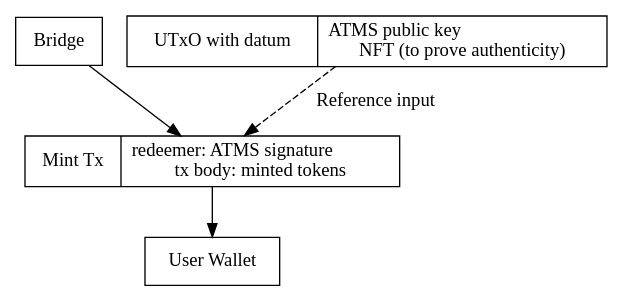
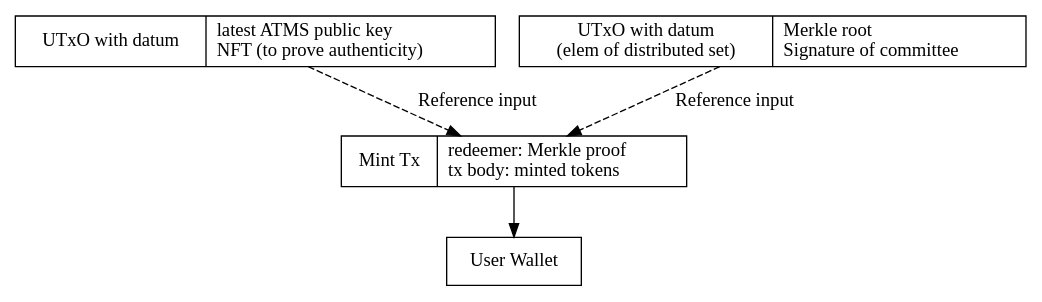
Before and after one commit to input-output-hk/partner-chains-smart-contracts: the diagram in docs/SC-MC.dot, drawn with Graphviz. The commit also changed 3 other files, not shown here.

```diff
--- a/docs/SC-MC.dot
+++ b/docs/SC-MC.dot
@@ -1,25 +1,30 @@
 strict digraph { 
   node [shape=record]
 
-  bridge [label = "Bridge"]
 
-  pubKey [
-    headlabel = "UTxO with datum"
+  atmsKey [
     label = "UTxO with datum |
-      ATMS public key\l
-      NFT (to prove authenticity)"
-    ]
+      latest ATMS public key\l
+      NFT (to prove authenticity)\l
+    "]
+
+  merkleRoot [
+    label = "UTxO with datum\n(elem of distributed set) |
+      Merkle root\l
+      Signature of committee\l
+    "]
 
   burnTx [label = 
     "Mint Tx |
-      redeemer: ATMS signature\l
-      tx body: minted tokens
+      redeemer: Merkle proof\l
+      tx body: minted tokens\l
     "]
 
   wallet [label = "User Wallet"]
 
-  bridge -> burnTx -> wallet
+  burnTx -> wallet
 
-  pubKey -> burnTx [style = dashed, label = "Reference input"]
+  atmsKey -> burnTx [style = dashed, label = "Reference input"]
+  merkleRoot -> burnTx [style = dashed, label = "Reference input"]
 
 }
```
